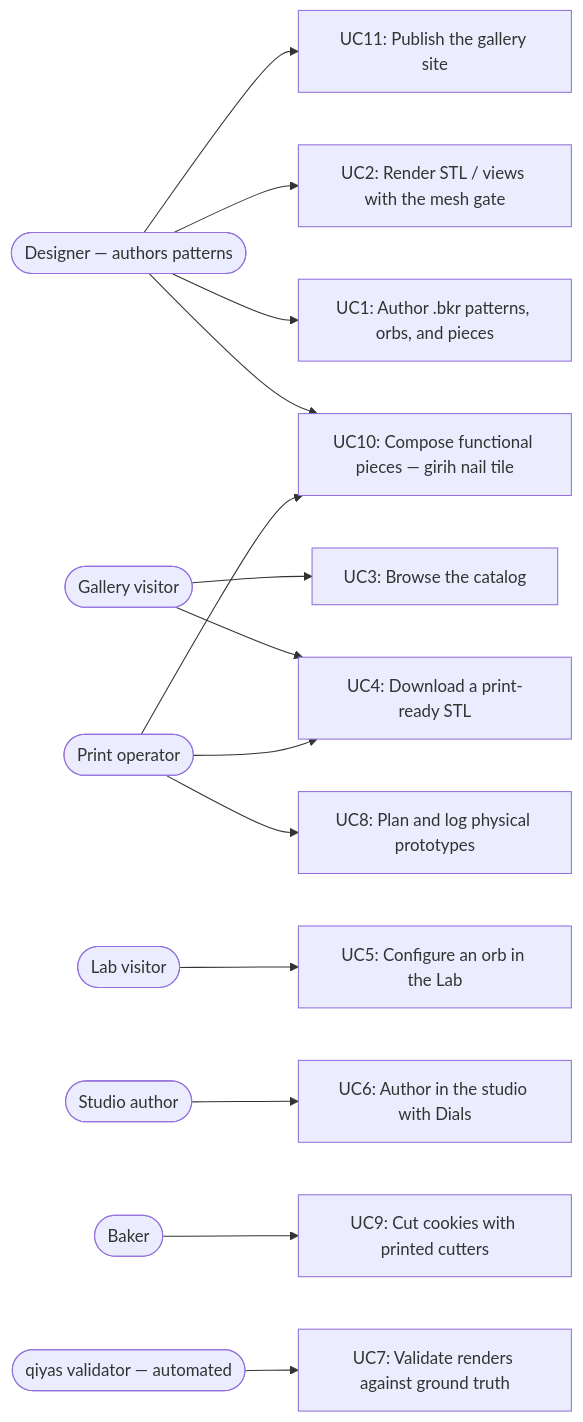
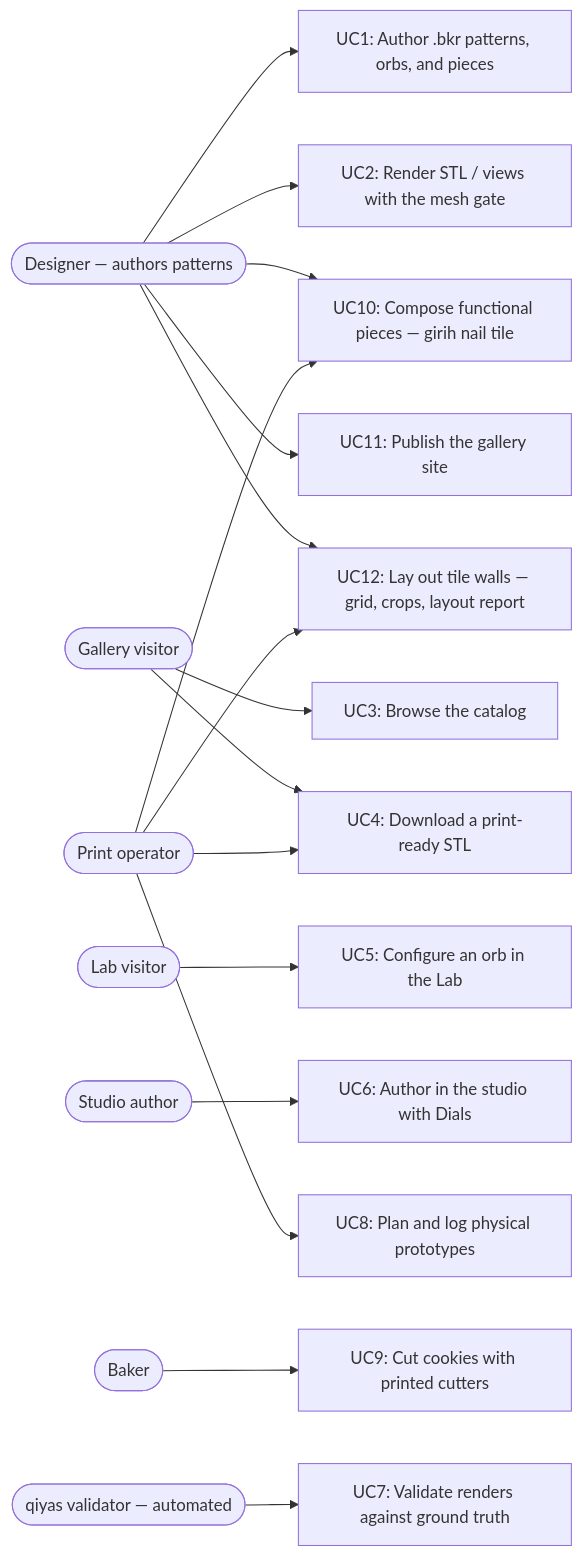
One commit to omars-lab/3d-models changed the diagram in .claude/skills/maintain-use-cases/use-cases.md. Above: the diagram before and after it, drawn with Mermaid. The commit also changed other lines of this file, not shown here.

First line of the commit message:
Add UC12 (tile walls) to the use-case map; re-aim pointers at bikar W1

````diff
--- a/.claude/skills/maintain-use-cases/use-cases.md
+++ b/.claude/skills/maintain-use-cases/use-cases.md
@@ -22,24 +22,26 @@
 ```mermaid
 flowchart LR
   designer([Designer — authors patterns])
   visitor([Gallery visitor])
   labuser([Lab visitor])
   studiouser([Studio author])
   printop([Print operator])
   baker([Baker])
   validator([qiyas validator — automated])
 
   designer --> UC1[UC1: Author .bkr patterns, orbs, and pieces]
   designer --> UC2[UC2: Render STL / views with the mesh gate]
   designer --> UC10[UC10: Compose functional pieces — girih nail tile]
   designer --> UC11[UC11: Publish the gallery site]
+  designer --> UC12[UC12: Lay out tile walls — grid, crops, layout report]
   visitor --> UC3[UC3: Browse the catalog]
   visitor --> UC4[UC4: Download a print-ready STL]
   labuser --> UC5[UC5: Configure an orb in the Lab]
   studiouser --> UC6[UC6: Author in the studio with Dials]
   printop --> UC4
   printop --> UC8[UC8: Plan and log physical prototypes]
   printop --> UC10
+  printop --> UC12
   baker --> UC9[UC9: Cut cookies with printed cutters]
   validator --> UC7[UC7: Validate renders against ground truth]
 ```
````
